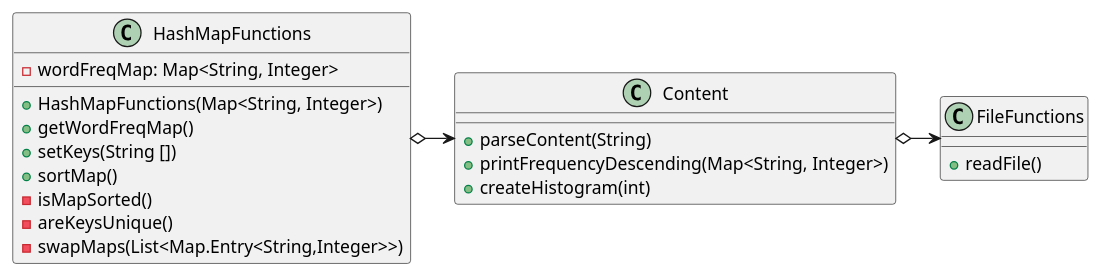
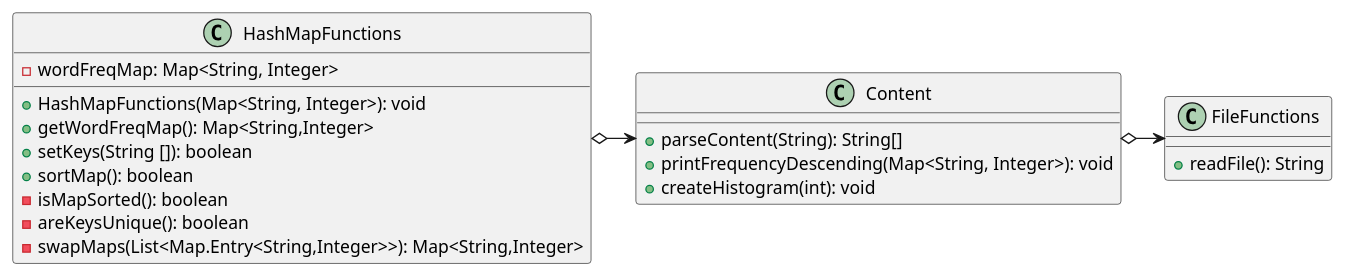
One commit to ivy-nguyen18/nguyen-cop3330-assignment3 changed the diagram in src/main/resources/ex46/WordFrequencyFinder.puml. Above: the diagram before and after it, drawn with PlantUML. The commit also changed 7 other files, not shown here.

Commit message:
redo plantUML

```diff
--- a/src/main/resources/ex46/WordFrequencyFinder.puml
+++ b/src/main/resources/ex46/WordFrequencyFinder.puml
@@ -1,32 +1,32 @@
 @startuml
 'https://plantuml.com/class-diagram
 
 
 HashMapFunctions o-> Content
 Content o-> FileFunctions
 
 
 class FileFunctions {
-    + readFile()
+    + readFile(): String
 }
 
 class HashMapFunctions {
     - wordFreqMap: Map<String, Integer>
 
-    + HashMapFunctions(Map<String, Integer>)
-    + getWordFreqMap()
-    + setKeys(String [])
-    + sortMap()
-    - isMapSorted()
-    - areKeysUnique()
-    - swapMaps(List<Map.Entry<String,Integer>>)
+    + HashMapFunctions(Map<String, Integer>): void
+    + getWordFreqMap(): Map<String,Integer>
+    + setKeys(String []): boolean
+    + sortMap(): boolean
+    - isMapSorted(): boolean
+    - areKeysUnique(): boolean
+    - swapMaps(List<Map.Entry<String,Integer>>): Map<String,Integer>
 }
 
 class Content{
-    + parseContent(String)
-    + printFrequencyDescending(Map<String, Integer>)
-    + createHistogram(int)
+    + parseContent(String): String[]
+    + printFrequencyDescending(Map<String, Integer>): void
+    + createHistogram(int): void
 }
 
 
 @enduml
```
